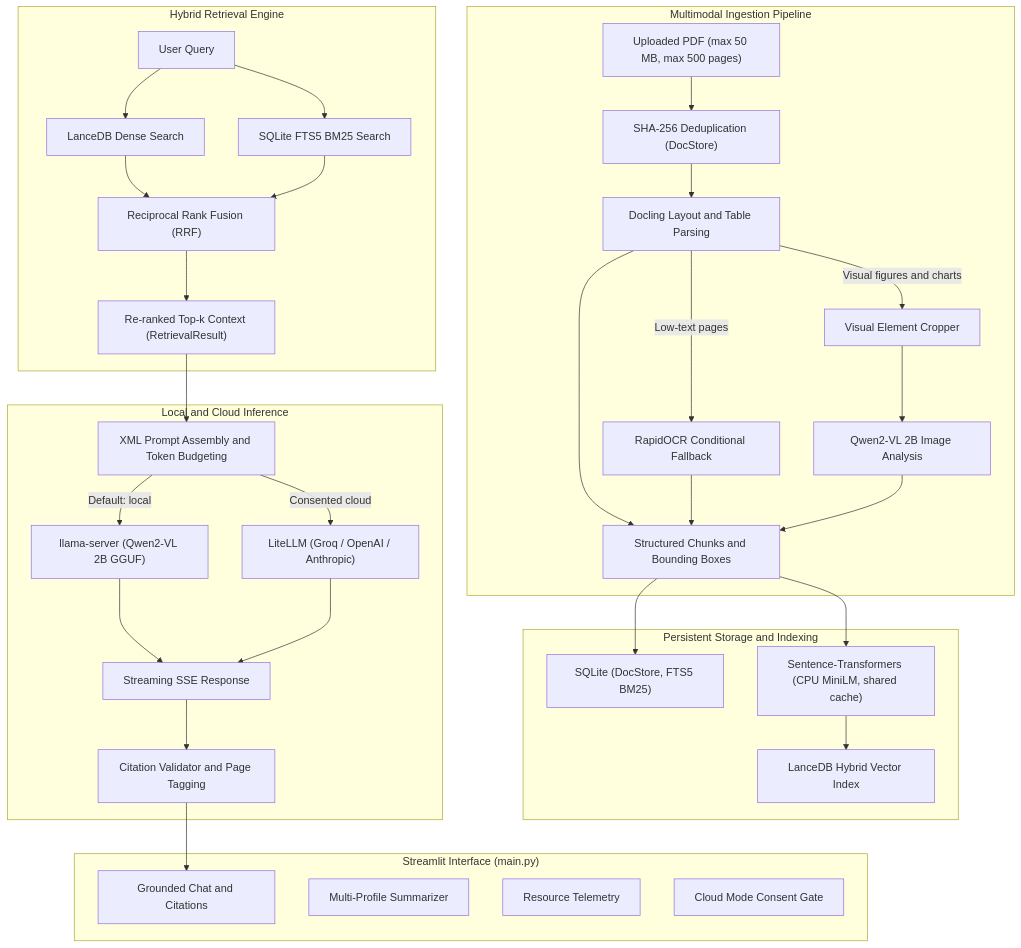
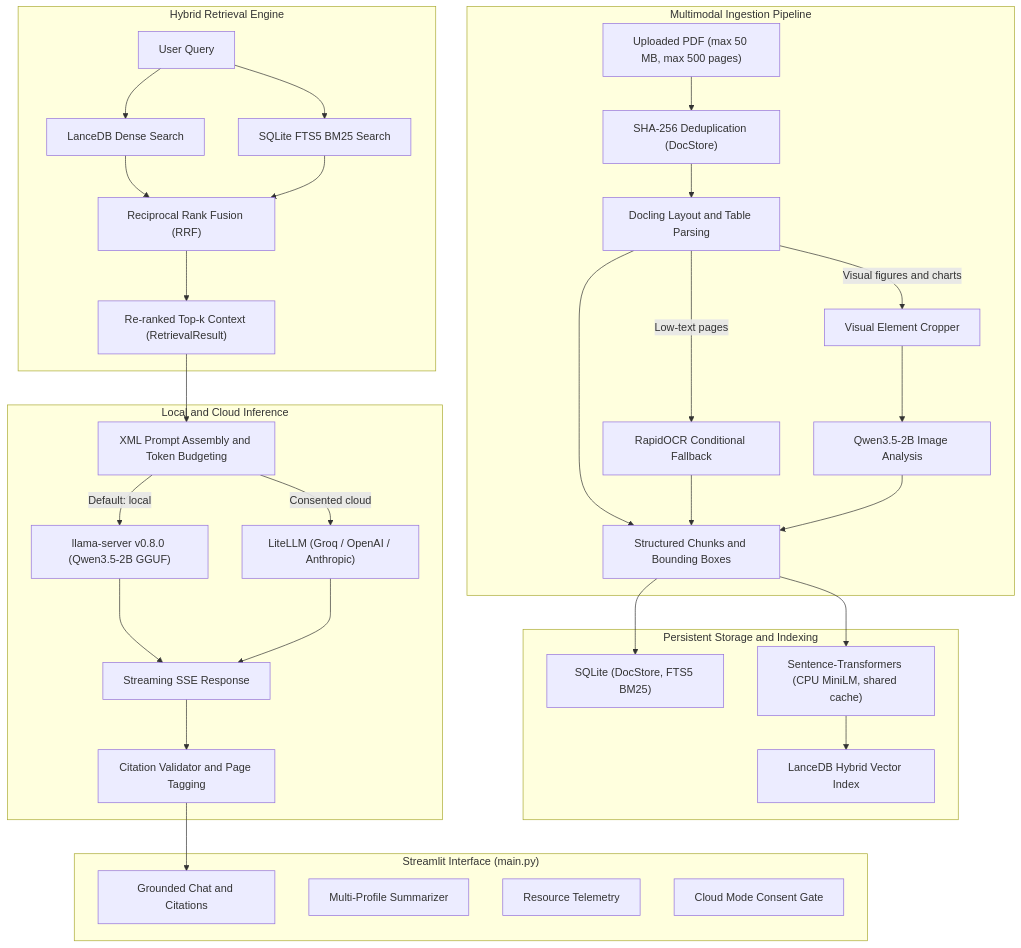
One commit to Vittalgb-05/RAG changed the diagram in README.md. Above: the diagram before and after it, drawn with Mermaid. The commit also changed other lines of this file and 15 other files, not shown here.

First line of the commit message:
docs: synchronize architecture docs, runbook, and audit records

````diff
--- a/README.md
+++ b/README.md
@@ -29,40 +29,40 @@
 ```mermaid
 flowchart TD
     subgraph UI ["Streamlit Interface (main.py)"]
         Chat["Grounded Chat and Citations"]
         Summary["Multi-Profile Summarizer"]
         Telemetry["Resource Telemetry"]
         CloudToggle["Cloud Mode Consent Gate"]
     end
 
     subgraph Ingestion ["Multimodal Ingestion Pipeline"]
         PDF["Uploaded PDF (max 50 MB, max 500 pages)"] --> Hash["SHA-256 Deduplication (DocStore)"]
         Hash --> Docling["Docling Layout and Table Parsing"]
         Docling -->|Low-text pages| OCR["RapidOCR Conditional Fallback"]
         Docling -->|Visual figures and charts| Crop["Visual Element Cropper"]
-        Crop --> VLM["Qwen2-VL 2B Image Analysis"]
+        Crop --> VLM["Qwen3.5-2B Image Analysis"]
         Docling & OCR & VLM --> Chunks["Structured Chunks and Bounding Boxes"]
     end
 
     subgraph Storage ["Persistent Storage and Indexing"]
         Chunks --> SQLite["SQLite (DocStore, FTS5 BM25)"]
         Chunks --> Embed["Sentence-Transformers (CPU MiniLM, shared cache)"]
         Embed --> Lance["LanceDB Hybrid Vector Index"]
     end
 
     subgraph Retrieval ["Hybrid Retrieval Engine"]
         UserQ["User Query"] --> VectorSearch["LanceDB Dense Search"]
         UserQ --> LexicalSearch["SQLite FTS5 BM25 Search"]
         VectorSearch & LexicalSearch --> RRF["Reciprocal Rank Fusion (RRF)"]
         RRF --> Context["Re-ranked Top-k Context (RetrievalResult)"]
     end
 
     subgraph Generation ["Local and Cloud Inference"]
         Context --> Prompt["XML Prompt Assembly and Token Budgeting"]
-        Prompt -->|Default: local| LlamaServer["llama-server (Qwen2-VL 2B GGUF)"]
+        Prompt -->|Default: local| LlamaServer["llama-server v0.8.0 (Qwen3.5-2B GGUF)"]
         Prompt -->|Consented cloud| LiteLLM["LiteLLM (Groq / OpenAI / Anthropic)"]
         LlamaServer & LiteLLM --> Stream["Streaming SSE Response"]
         Stream --> Verify["Citation Validator and Page Tagging"]
         Verify --> Chat
     end
 ```
````
